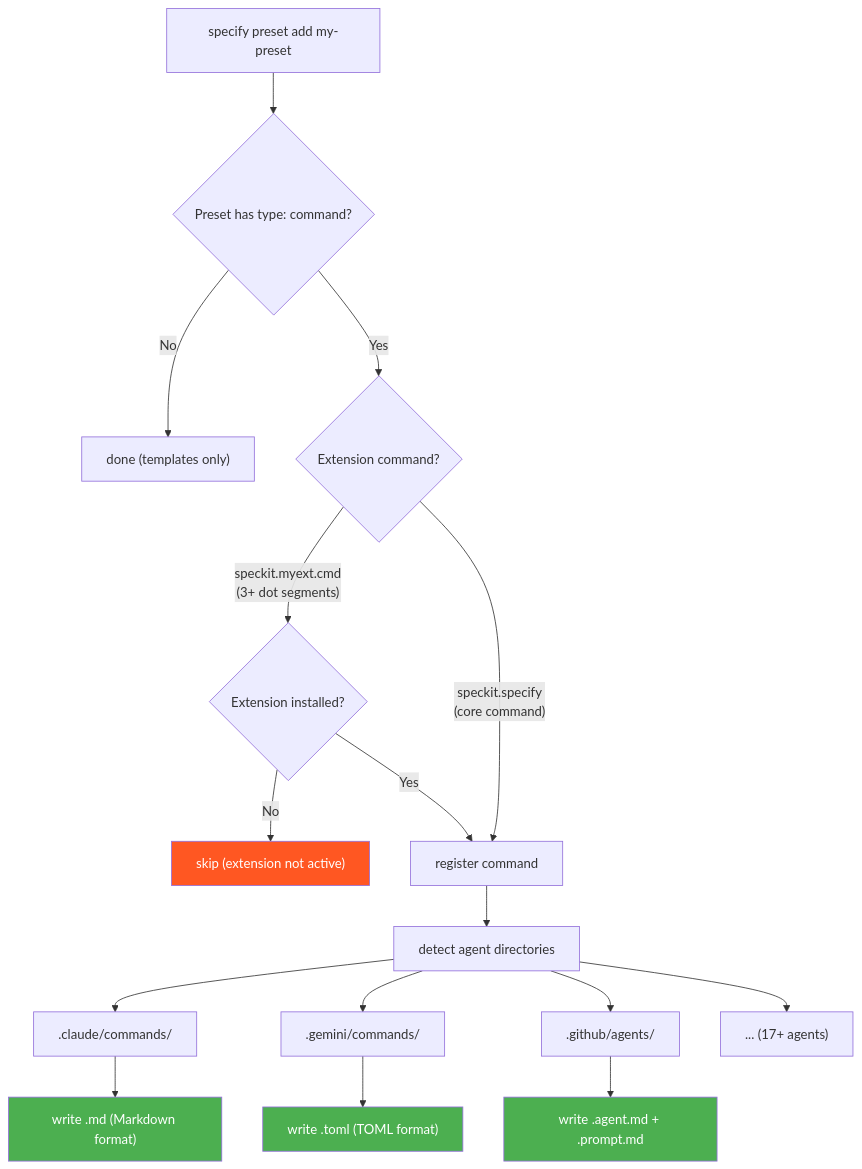
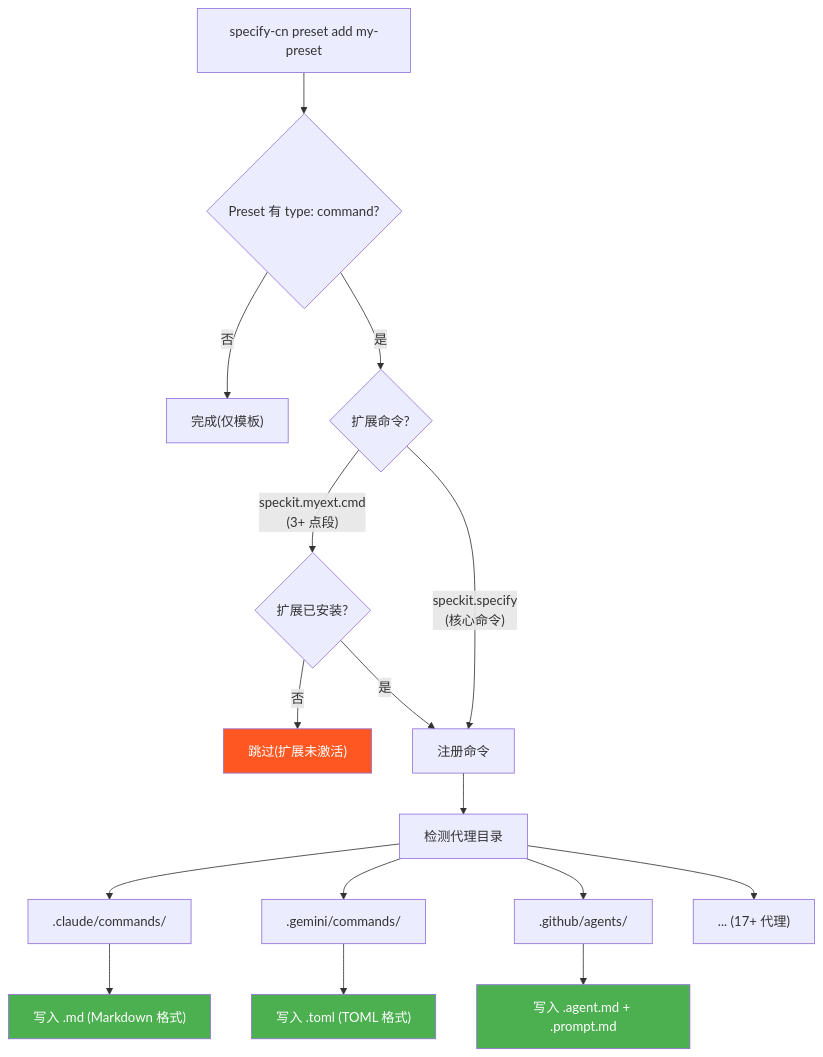
One commit to Linfee/spec-kit-cn changed the second of 3 diagrams in presets/ARCHITECTURE.md. Above: the diagram before and after it, drawn with Mermaid. The commit also changed other lines of this file and 28 other files, not shown here.

````diff
--- a/presets/ARCHITECTURE.md
+++ b/presets/ARCHITECTURE.md
@@ -48,23 +48,23 @@
 ```mermaid
 flowchart TD
-    A["specify preset add my-preset"] --> B{Preset has type: command?}
-    B -- No --> Z["done (templates only)"]
-    B -- Yes --> C{Extension command?}
-    C -- "speckit.myext.cmd\n(3+ dot segments)" --> D{Extension installed?}
-    D -- No --> E["skip (extension not active)"]
-    D -- Yes --> F["register command"]
-    C -- "speckit.specify\n(core command)" --> F
-    F --> G["detect agent directories"]
+    A["specify-cn preset add my-preset"] --> B{Preset 有 type: command?}
+    B -- 否 --> Z["完成(仅模板)"]
+    B -- 是 --> C{扩展命令?}
+    C -- "speckit.myext.cmd\n(3+ 点段)" --> D{扩展已安装?}
+    D -- 否 --> E["跳过(扩展未激活)"]
+    D -- 是 --> F["注册命令"]
+    C -- "speckit.specify\n(核心命令)" --> F
+    F --> G["检测代理目录"]
     G --> H[".claude/commands/"]
     G --> I[".gemini/commands/"]
     G --> J[".github/agents/"]
-    G --> K["... (17+ agents)"]
-    H --> L["write .md (Markdown format)"]
-    I --> M["write .toml (TOML format)"]
-    J --> N["write .agent.md + .prompt.md"]
+    G --> K["... (17+ 代理)"]
+    H --> L["写入 .md (Markdown 格式)"]
+    I --> M["写入 .toml (TOML 格式)"]
+    J --> N["写入 .agent.md + .prompt.md"]
 
     style E fill:#ff5722,color:#fff
     style L fill:#4caf50,color:#fff
     style M fill:#4caf50,color:#fff
     style N fill:#4caf50,color:#fff
 ```
````
